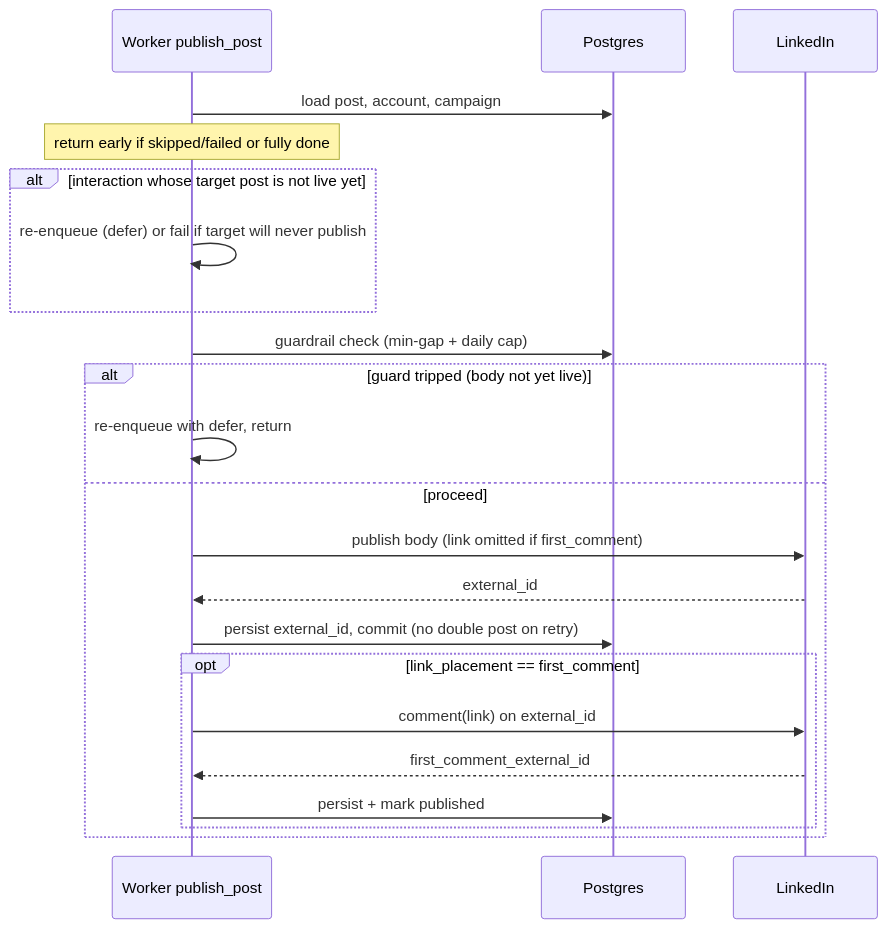
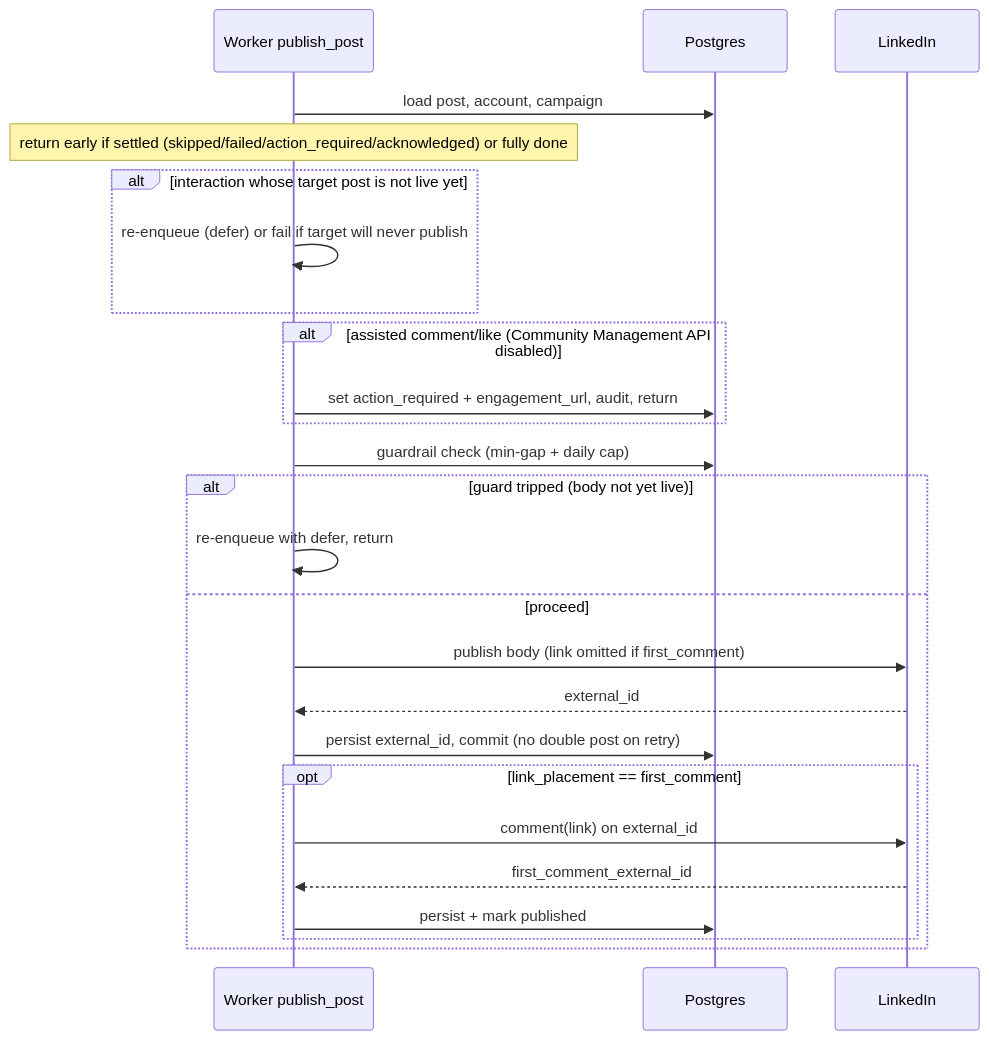
Before and after one commit to S1LV3RJ1NX/superHype: the seventh of 7 diagrams in ARCHITECTURE.md, drawn with Mermaid. The commit also changed other lines of this file and 35 other files, not shown here.

First line of the commit message:
Assisted-manual engagement, failed-post retry, and approval readiness

````diff
--- a/ARCHITECTURE.md
+++ b/ARCHITECTURE.md
@@ -415,24 +430,27 @@
 ```mermaid
 sequenceDiagram
     participant W as Worker publish_post
     participant DB as Postgres
     participant LI as LinkedIn
     W->>DB: load post, account, campaign
-    Note over W: return early if skipped/failed or fully done
+    Note over W: return early if settled (skipped/failed/action_required/acknowledged) or fully done
     alt interaction whose target post is not live yet
         W->>W: re-enqueue (defer) or fail if target will never publish
+    end
+    alt assisted comment/like (Community Management API disabled)
+        W->>DB: set action_required + engagement_url, audit, return
     end
     W->>DB: guardrail check (min-gap + daily cap)
     alt guard tripped (body not yet live)
         W->>W: re-enqueue with defer, return
     else proceed
         W->>LI: publish body (link omitted if first_comment)
         LI-->>W: external_id
         W->>DB: persist external_id, commit (no double post on retry)
         opt link_placement == first_comment
             W->>LI: comment(link) on external_id
             LI-->>W: first_comment_external_id
             W->>DB: persist + mark published
         end
     end
 ```
````
